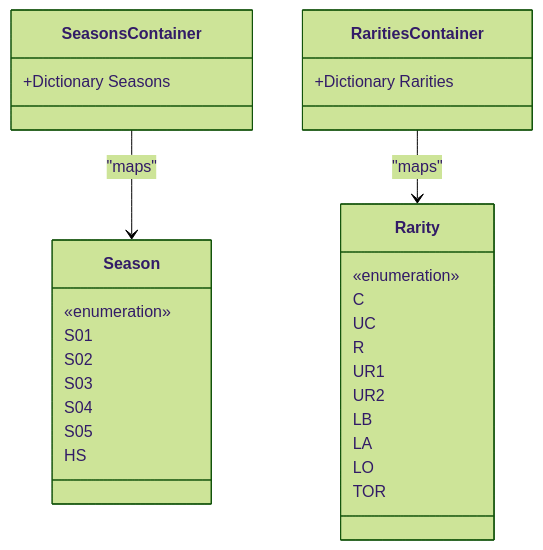
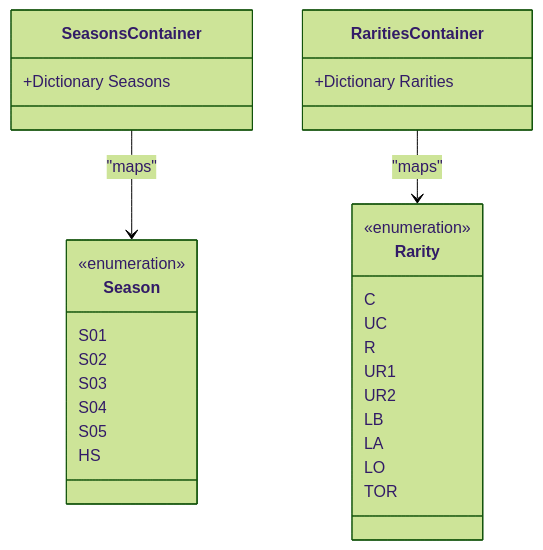
One commit to Drakilis-57/WankulCrazy changed the first of 3 diagrams in wiki/Saisons et Raretés.md. Above: the diagram before and after it, drawn with Mermaid (forest theme). The commit also changed 11 other files, not shown here.

````diff
--- a/wiki/Saisons et Raretés.md
+++ b/wiki/Saisons et Raretés.md
@@ -42,32 +42,32 @@
 ```mermaid
 classDiagram
     class Season {
-        «enumeration»
+        <<enumeration>>
         S01
         S02
         S03
         S04
         S05
         HS
     }
     class Rarity {
-        «enumeration»
+        <<enumeration>>
         C
         UC
         R
         UR1
         UR2
         LB
         LA
         LO
         TOR
     }
     class SeasonsContainer {
         +Dictionary Seasons
     }
     class RaritiesContainer {
         +Dictionary Rarities
     }
     SeasonsContainer --> Season : "maps"
     RaritiesContainer --> Rarity : "maps"
 ```
````
